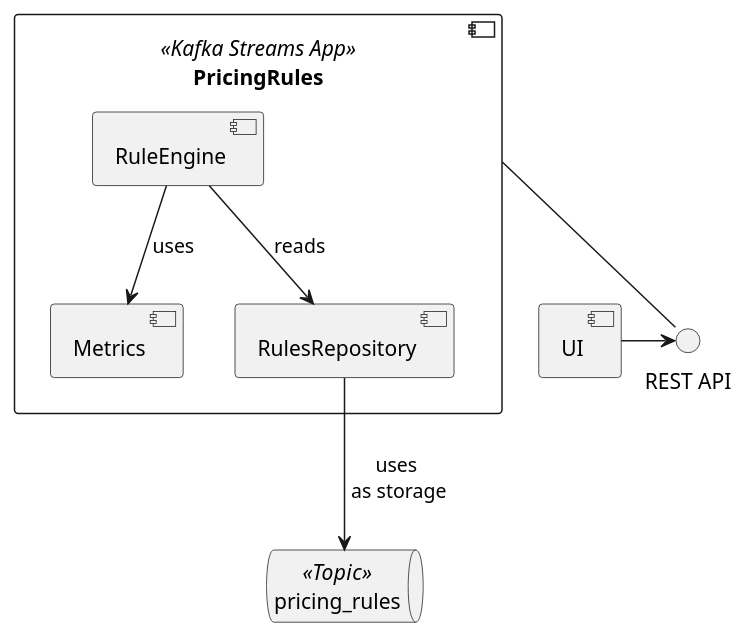
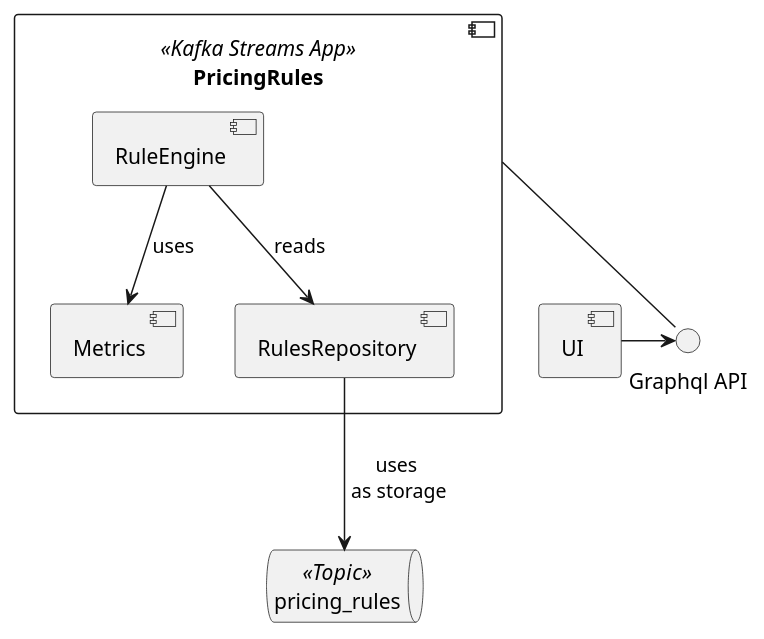
One commit to spoud/kafka-cost-control changed the second of 3 diagrams in docs/architecture/src/05_building_block_view.adoc. Above: the diagram before and after it, drawn with PlantUML. The commit also changed other lines of this file and 14 other files, not shown here.

```diff
--- a/docs/architecture/src/05_building_block_view.adoc
+++ b/docs/architecture/src/05_building_block_view.adoc
@@ -154,16 +154,16 @@
 [plantuml, target=pricingrules, format=svg]
 ....
 @startuml
 component PricingRules <<Kafka Streams App>> {
 
     [RuleEngine] --> [Metrics]: uses
     [RuleEngine] --> [RulesRepository]: reads
 }
-PricingRules -- "REST API"
+PricingRules -- "Graphql API"
 
 queue pricing_rules <<Topic>>
 
 [RulesRepository] --> pricing_rules: uses\n as storage
-[UI] -> "REST API"
+[UI] -> "Graphql API"
 @enduml
 ....
```
